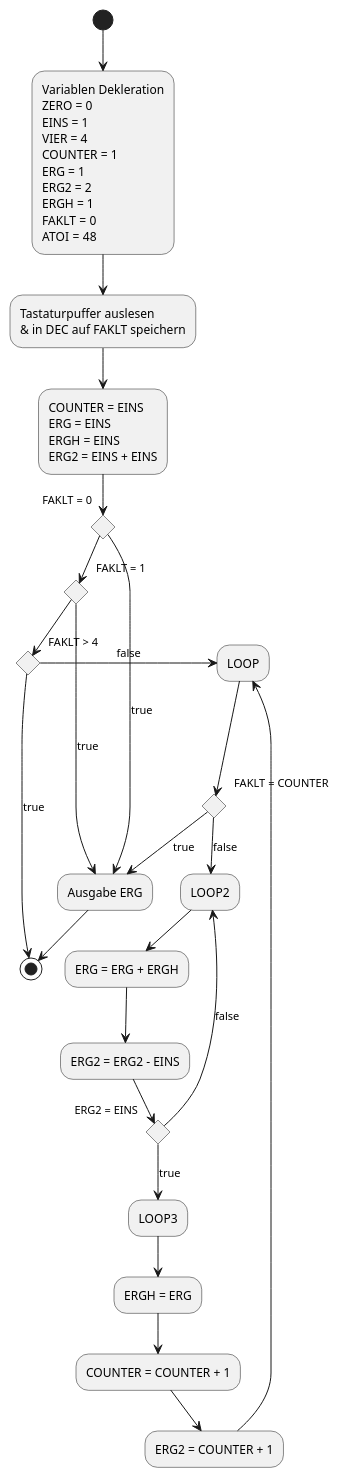
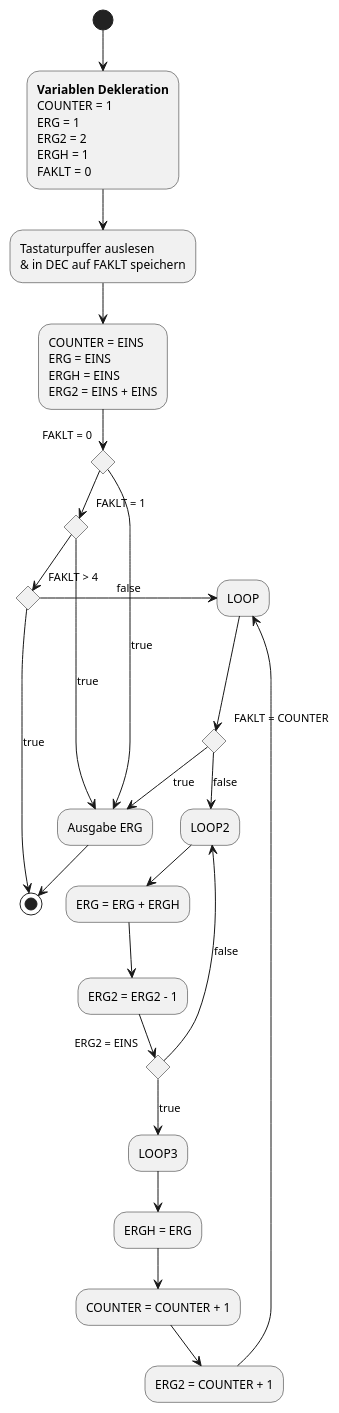
One commit to duha887b/MRT1_Assambler changed the diagram in Protokoll/Aktivitätsdiagramm.puml. Above: the diagram before and after it, drawn with PlantUML. The commit also changed 1 other file, not shown here.

```diff
--- a/Protokoll/Aktivitätsdiagramm.puml
+++ b/Protokoll/Aktivitätsdiagramm.puml
@@ -1,65 +1,62 @@
 @startuml
 'https://plantuml.com/activity-diagram-beta
 
 
-(*) --> "Variablen Dekleration
-          ZERO = 0
-          EINS = 1
-          VIER = 4
+(*) --> "**Variablen Dekleration**
           COUNTER = 1
           ERG = 1
           ERG2 = 2
           ERGH = 1
           FAKLT = 0
-          ATOI = 48"
+          "
 
 -->"Tastaturpuffer auslesen
     & in DEC auf FAKLT speichern"
 
 -->"COUNTER = EINS
 ERG = EINS
 ERGH = EINS
 ERG2 = EINS + EINS"
 
 if "FAKLT = 0" then
 --> [true]"Ausgabe ERG"
 -->(*)
 else
     if "FAKLT = 1" then
     -> [true]"Ausgabe ERG"
     else
         if "FAKLT > 4" then
         -->[true](*)
         else
         ->[false]"LOOP"
         Endif
         Endif
         Endif
 
 --->if "FAKLT = COUNTER" then
     -->[true]"Ausgabe ERG"
     else
     -->[false]"LOOP2"
     Endif
 
 -->"ERG = ERG + ERGH"
--->"ERG2 = ERG2 - EINS"
+-->"ERG2 = ERG2 - 1"
 
 if "ERG2 = EINS" then
     -->[true]"LOOP3"
     -->"ERGH = ERG"
     -->"COUNTER = COUNTER + 1"
     -->"ERG2 = COUNTER + 1"
     -->"LOOP"
     else
     -->[false]"LOOP2"
     Endif
 
 
 
 
 
 
 
 
 @enduml
```
